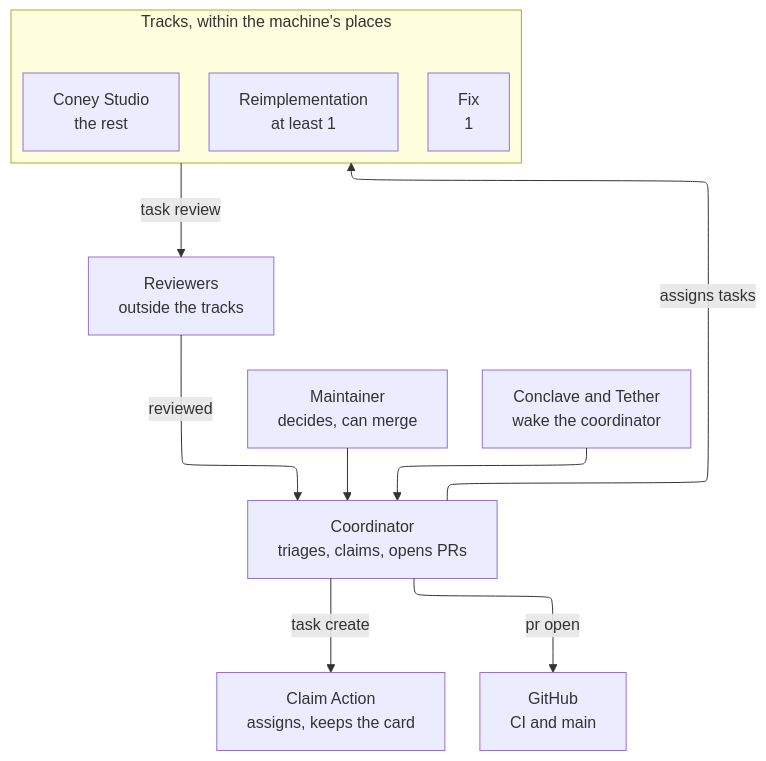
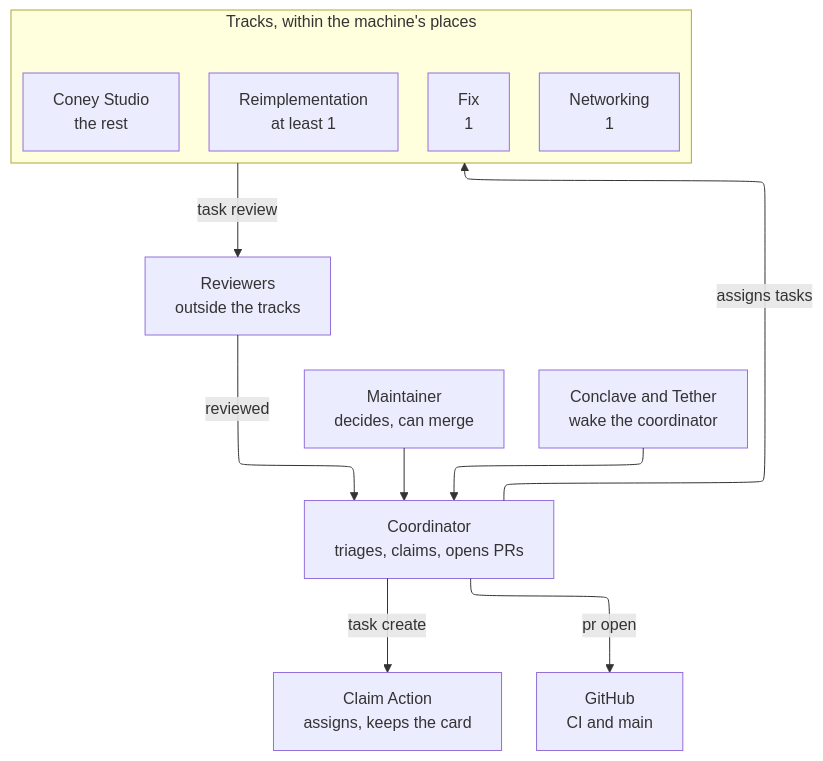
One commit to Ryubara/coney changed the second of 3 diagrams in docs/guides/how-we-work.md. Above: the diagram before and after it, drawn with Mermaid. The commit also changed other lines of this file and 21 other files, not shown here.

````diff
--- a/docs/guides/how-we-work.md
+++ b/docs/guides/how-we-work.md
@@ -167,25 +167,26 @@
 ```mermaid
 ---
 config:
   layout: elk
 ---
 flowchart TB
   maint["Maintainer<br/>decides, can merge"]
   wake["Conclave and Tether<br/>wake the coordinator"]
   coord["Coordinator<br/>triages, claims, opens PRs"]
   action["Claim Action<br/>assigns, keeps the card"]
   subgraph slots ["Tracks, within the machine's places"]
     tasks["Reimplementation<br/>at least 1"]
     fix["Fix<br/>1"]
     studio["Coney Studio<br/>the rest"]
+    net["Networking<br/>1"]
   end
   rev["Reviewers<br/>outside the tracks"]
   gh["GitHub<br/>CI and main"]
   maint --> coord
   wake --> coord
   coord -- "task create" --> action
   coord -- "assigns tasks" --> slots
   slots -- "task review" --> rev
   rev -- "reviewed" --> coord
   coord -- "pr open" --> gh
 ```
````
